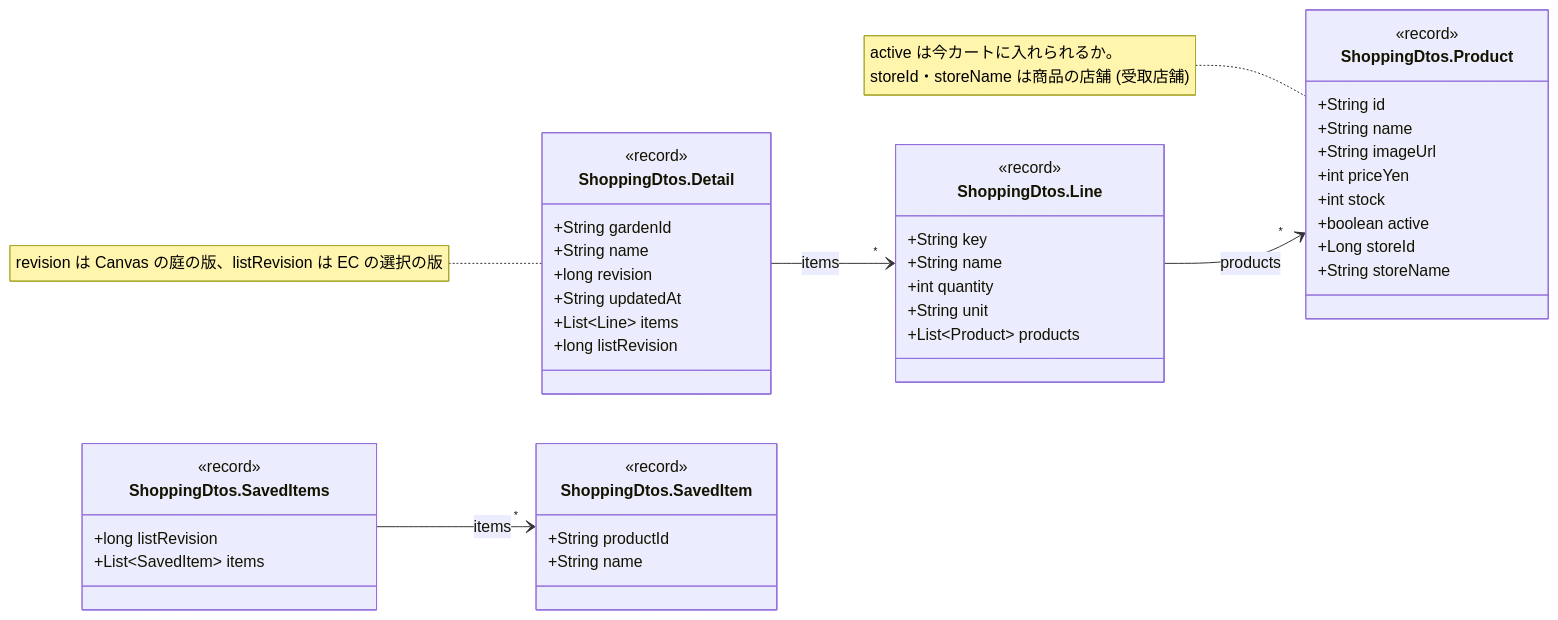
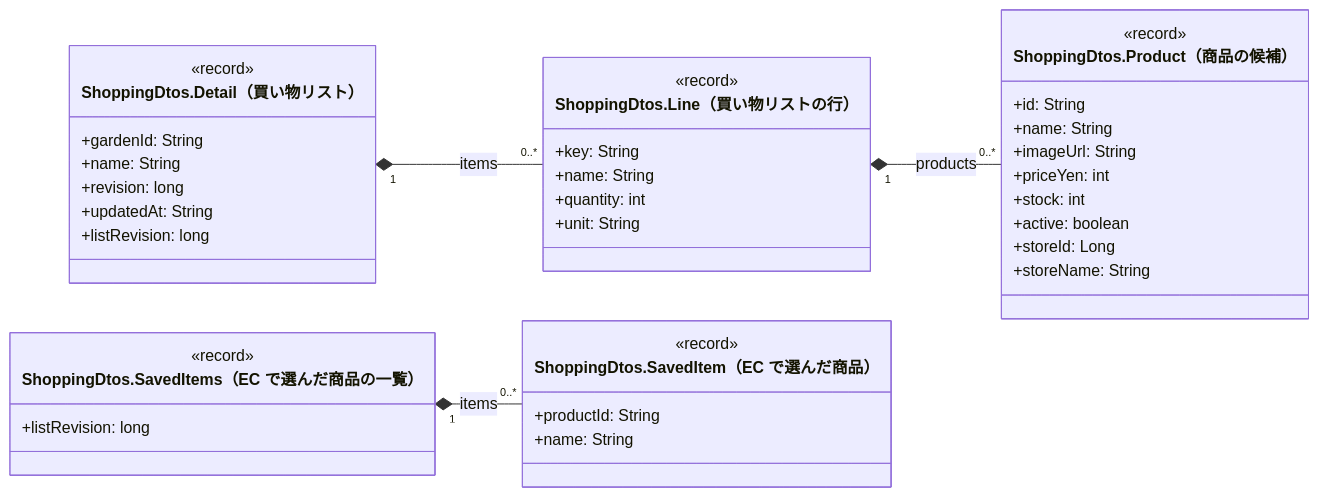
The fifth of 8 diagrams in クラス図/kusakari-ec/06_買い物リスト.md (abeouga/kusakari-document), drawn with Mermaid before and after one commit. The commit also changed other lines of this file and 87 other files, not shown here.

Commit message:
EC のクラス図に全体図を足し、詳細図をデータとモジュールの図に分けて書き直す

````diff
--- a/クラス図/kusakari-ec/06_買い物リスト.md
+++ b/クラス図/kusakari-ec/06_買い物リスト.md
@@ -242,49 +313,43 @@
 ```mermaid
 classDiagram
-  direction LR
-  class Detail["ShoppingDtos.Detail"] {
-    <<record>>
-    +String gardenId
-    +String name
-    +long revision
-    +String updatedAt
-    +List~Line~ items
-    +long listRevision
-  }
-  class Line["ShoppingDtos.Line"] {
-    <<record>>
-    +String key
-    +String name
-    +int quantity
-    +String unit
-    +List~Product~ products
-  }
-  class Product["ShoppingDtos.Product"] {
-    <<record>>
-    +String id
-    +String name
-    +String imageUrl
-    +int priceYen
-    +int stock
-    +boolean active
-    +Long storeId
-    +String storeName
-  }
-  class SavedItems["ShoppingDtos.SavedItems"] {
-    <<record>>
-    +long listRevision
-    +List~SavedItem~ items
-  }
-  class SavedItem["ShoppingDtos.SavedItem"] {
-    <<record>>
-    +String productId
-    +String name
-  }
+    direction LR
+    class Detail["ShoppingDtos.Detail（買い物リスト）"] {
+        <<record>>
+        +gardenId: String
+        +name: String
+        +revision: long
+        +updatedAt: String
+        +listRevision: long
+    }
+    class Line["ShoppingDtos.Line（買い物リストの行）"] {
+        <<record>>
+        +key: String
+        +name: String
+        +quantity: int
+        +unit: String
+    }
+    class Product["ShoppingDtos.Product（商品の候補）"] {
+        <<record>>
+        +id: String
+        +name: String
+        +imageUrl: String
+        +priceYen: int
+        +stock: int
+        +active: boolean
+        +storeId: Long
+        +storeName: String
+    }
+    class SavedItems["ShoppingDtos.SavedItems（EC で選んだ商品の一覧）"] {
+        <<record>>
+        +listRevision: long
+    }
+    class SavedItem["ShoppingDtos.SavedItem（EC で選んだ商品）"] {
+        <<record>>
+        +productId: String
+        +name: String
+    }
 
-  Detail --> "*" Line : items
-  Line --> "*" Product : products
-  SavedItems --> "*" SavedItem : items
-
-  note for Detail "revision は Canvas の庭の版、listRevision は EC の選択の版"
-  note for Product "active は今カートに入れられるか。<br/>storeId・storeName は商品の店舗 (受取店舗)"
+    Detail "1" *-- "0..*" Line : items
+    Line "1" *-- "0..*" Product : products
+    SavedItems "1" *-- "0..*" SavedItem : items
 ```
````
